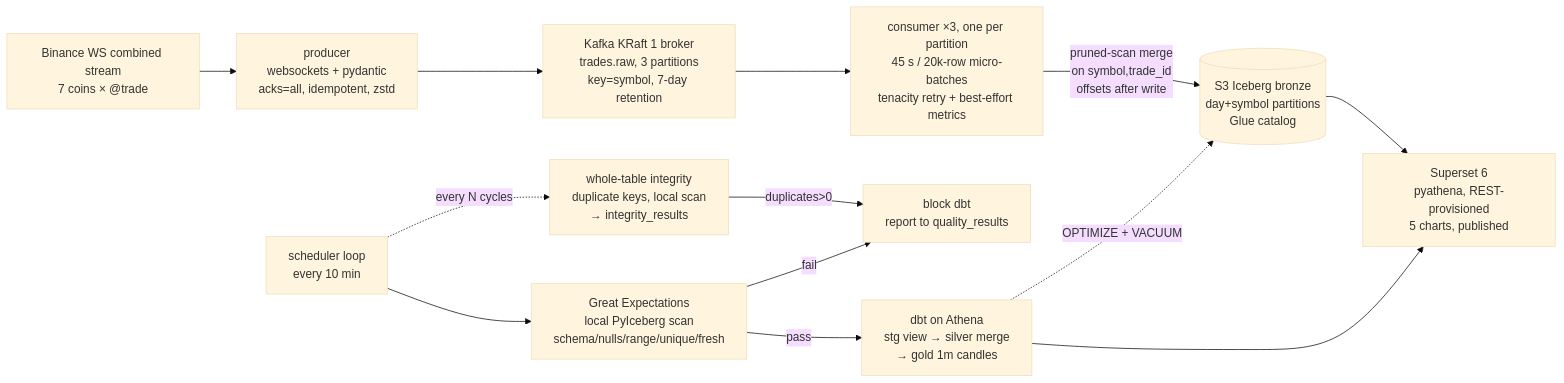
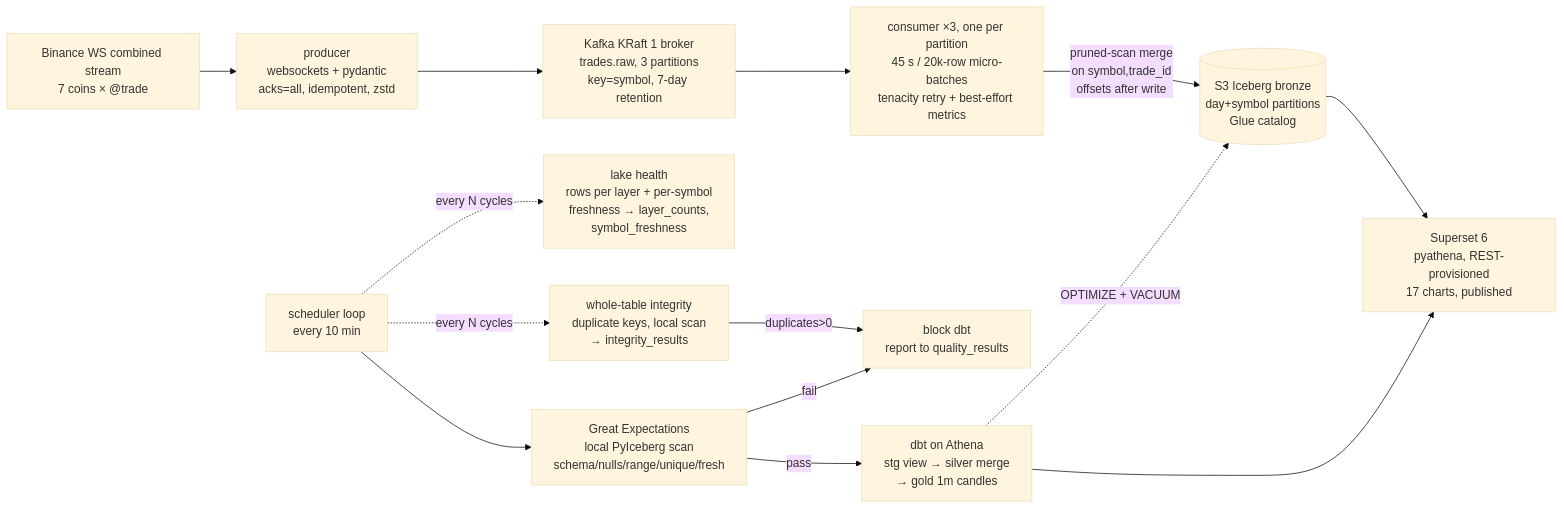
Before and after one commit to Danselem/tickstream: the diagram in docs/architecture.md, drawn with Mermaid (base theme). The commit also changed other lines of this file and 13 other files, not shown here.

First line of the commit message:
feat: lake-health metrics + trailing-window charts (ADR-021/022)

````diff
--- a/docs/architecture.md
+++ b/docs/architecture.md
@@ -3,15 +3,16 @@
 ```mermaid
 flowchart LR
     BIN[Binance WS combined stream<br/>7 coins × @trade] --> PROD[producer<br/>websockets + pydantic<br/>acks=all, idempotent, zstd]
     PROD --> KAFKA[Kafka KRaft 1 broker<br/>trades.raw, 3 partitions<br/>key=symbol, 7-day retention]
     KAFKA --> CONS[consumer ×3, one per partition<br/>45 s / 20k-row micro-batches<br/>tenacity retry + best-effort metrics]
     CONS -->|pruned-scan merge<br/>on symbol,trade_id<br/>offsets after write| S3[(S3 Iceberg bronze<br/>day+symbol partitions<br/>Glue catalog)]
     SCHED[scheduler loop<br/>every 10 min] --> GX[Great Expectations<br/>local PyIceberg scan<br/>schema/nulls/range/unique/fresh]
     GX -->|pass| DBT[dbt on Athena<br/>stg view → silver merge<br/>→ gold 1m candles]
     GX -->|fail| BLOCK[block dbt<br/>report to quality_results]
     SCHED -.->|every N cycles| INT[whole-table integrity<br/>duplicate keys, local scan<br/>→ integrity_results]
     INT -->|duplicates>0| BLOCK
-    DBT --> SUP[Superset 6<br/>pyathena, REST-provisioned<br/>5 charts, published]
+    SCHED -.->|every N cycles| HLTH[lake health<br/>rows per layer + per-symbol<br/>freshness → layer_counts,<br/>symbol_freshness]
+    DBT --> SUP[Superset 6<br/>pyathena, REST-provisioned<br/>17 charts, published]
     S3 --> SUP
     DBT -.->|OPTIMIZE + VACUUM| S3
 ```
````
